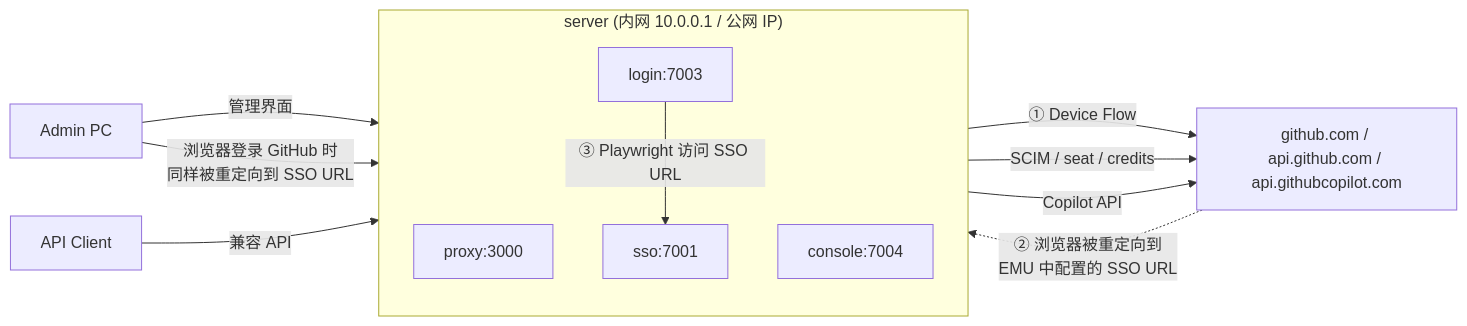
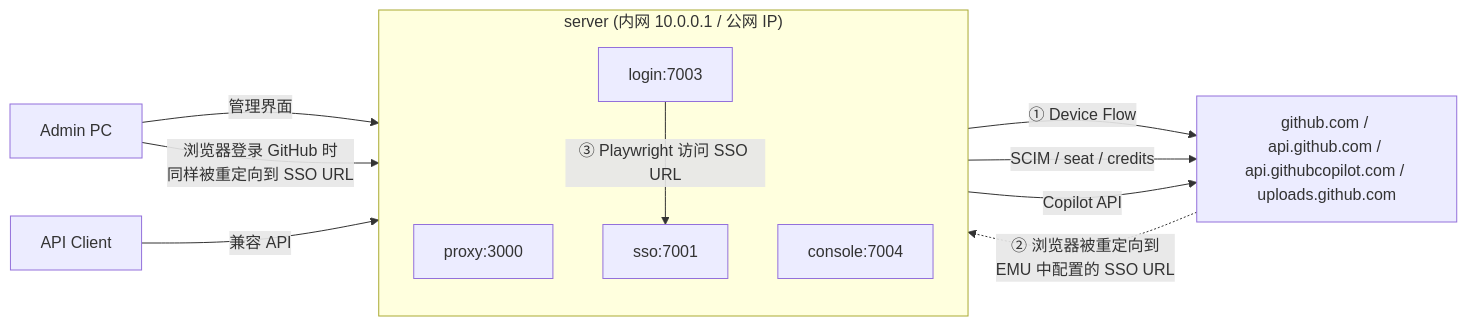
The diagram in guidance/network-deployment.md (enjoyopenfuture/ghcp-api-console), drawn with Mermaid before and after one commit. The commit also changed other lines of this file and 22 other files, not shown here.

Commit message:
背景：copilot api单次请求只允许 10张图片，且request body在5m-30m之间（取决于端点不同）。 这次更新增加了图片上传到gh图片端点的功能。 另外，还更新了默认配置文件的opencode版本到2.4.1；ghcp api版本到2026-08-01（支持了模型为auto）

````diff
--- a/guidance/network-deployment.md
+++ b/guidance/network-deployment.md
@@ -9,24 +9,24 @@
 ```mermaid
 flowchart LR
     subgraph server["server  (内网 10.0.0.1 / 公网 IP)"]
         direction TB
         proxy["proxy:3000"]
         sso["sso:7001"]
         login["login:7003"]
         console["console:7004"]
     end
 
-    gh["github.com / api.github.com / api.githubcopilot.com"]
+    gh["github.com / api.github.com / api.githubcopilot.com / uploads.github.com"]
     admin["Admin PC"]
     client["API Client"]
 
     login -- "① Device Flow" --> gh
     gh -. "② 浏览器被重定向到<br/>EMU 中配置的 SSO URL" .-> login
     login -- "③ Playwright 访问 SSO URL" --> sso
     sso -- "SCIM / seat / credits" --> gh
     proxy -- "Copilot API" --> gh
 
     admin -- "管理界面" --> console
     admin -- "浏览器登录 GitHub 时<br/>同样被重定向到 SSO URL" --> sso
     client -- "兼容 API" --> proxy
 ```
````
